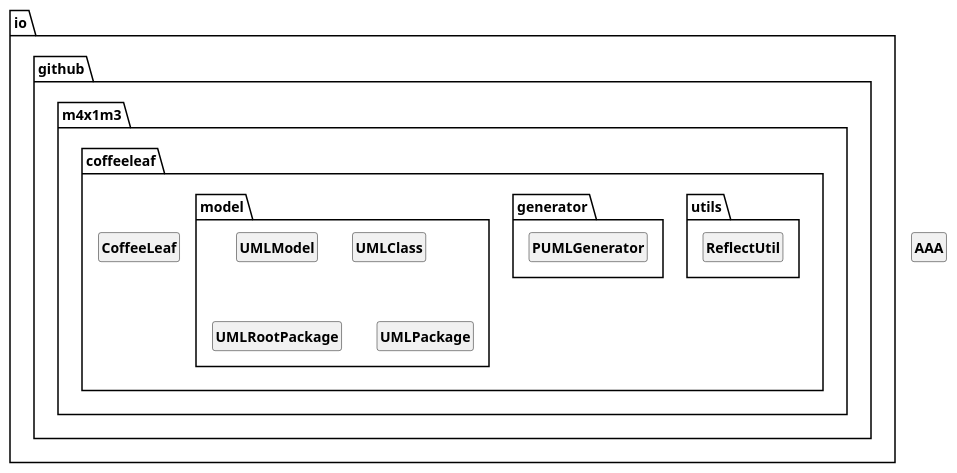
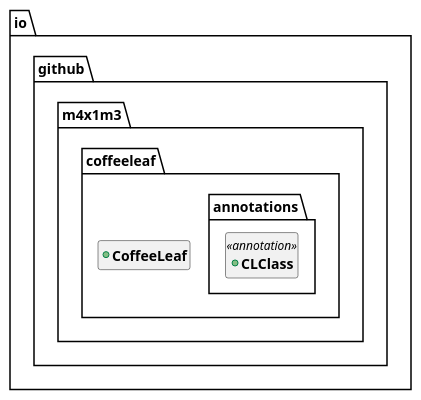
The diagram in src/main/uml/model.puml (M4xi1m3/coffeeleaf), drawn with PlantUML before and after one commit. The commit also changed 10 other files, not shown here.

```diff
--- a/src/main/uml/model.puml
+++ b/src/main/uml/model.puml
@@ -19,25 +19,19 @@
 @startuml
 'https://plantuml.com/sequence-diagram
 skinparam classFontStyle Bold
 skinparam style strictuml
 
 hide empty members
 
 package io.github.m4x1m3.coffeeleaf {
-package io.github.m4x1m3.coffeeleaf.utils {
-class ReflectUtil {}
+package io.github.m4x1m3.coffeeleaf.annotations {
++annotation CLClass <<annotation>> {
 }
-package io.github.m4x1m3.coffeeleaf.generator {
-class PUMLGenerator {}
 }
-package io.github.m4x1m3.coffeeleaf.model {
-class UMLModel {}
-class UMLClass {}
-class UMLRootPackage {}
-class UMLPackage {}
++class CoffeeLeaf {
 }
-class CoffeeLeaf {}
 }
-class AAA {}
+
+
 
 @enduml
```
